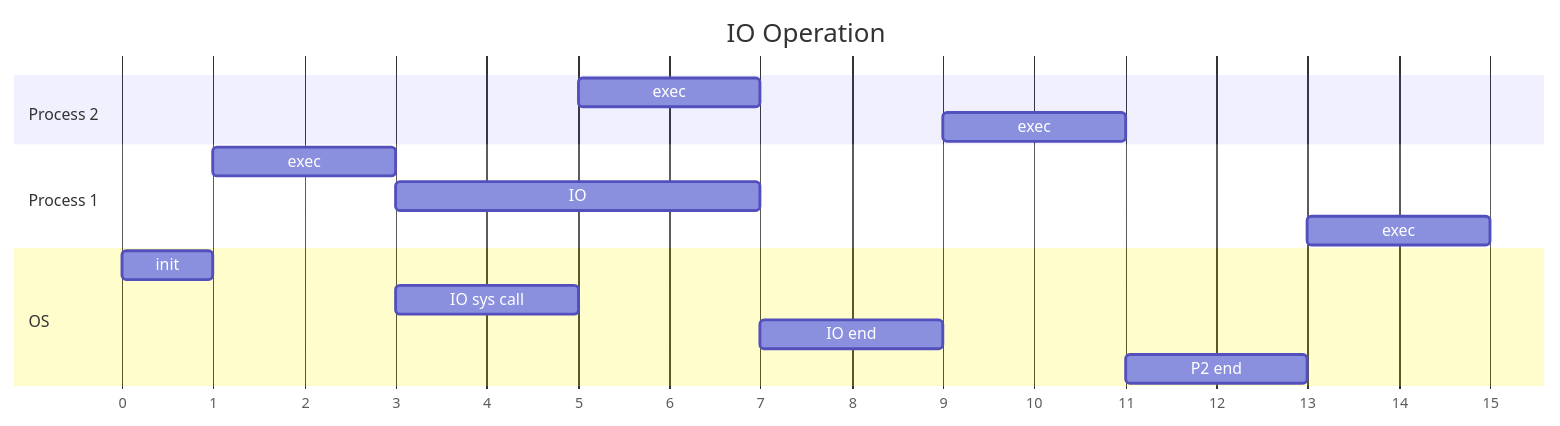
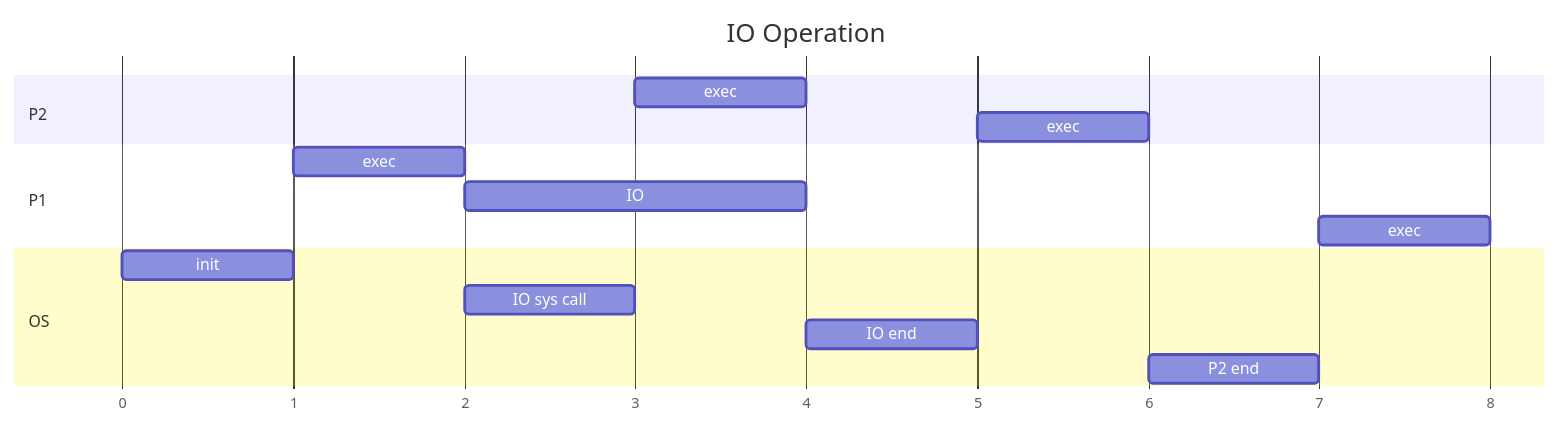
One commit to angelromarco04/MyNotes changed the diagram in CS/OS/data/21_Intro.md. Above: the diagram before and after it, drawn with Mermaid. The commit also changed other lines of this file, not shown here.

Commit message:
vault backup: 2024-03-24 18:57:16

````diff
--- a/CS/OS/data/21_Intro.md
+++ b/CS/OS/data/21_Intro.md
@@ -60,21 +60,21 @@
 ```mermaid
 gantt
     title IO Operation
     dateFormat X
     axisFormat %s
     
-    section Process 2
-        exec    : p2_1, after os_2, 7
-        exec    : p2_2, after os_3, 11
+    section P2
+        exec    : p2_1, after os_2, 4
+        exec    : p2_2, after os_3, 6
         
-    section Process 1
-	    exec    : p1_1, after os_1, 3
-	    IO      : p1_2, after p1_1, 7
-	    exec    : p1_3, after os_4, 15
+    section P1
+	    exec    : p1_1, after os_1, 2
+	    IO      : p1_2, after p1_1, 4
+	    exec    : p1_3, after os_4, 8
 
 	section OS
 		init            : os_1, 0, 1
-		IO sys call     : os_2, after p1_1, 5
-		IO end    : os_3, after p1_2, 9
-		P2 end          : os_4, after p2_2, 13
+		IO sys call     : os_2, after p1_1, 3
+		IO end    : os_3, after p1_2, 5
+		P2 end          : os_4, after p2_2, 7
 ```
````
